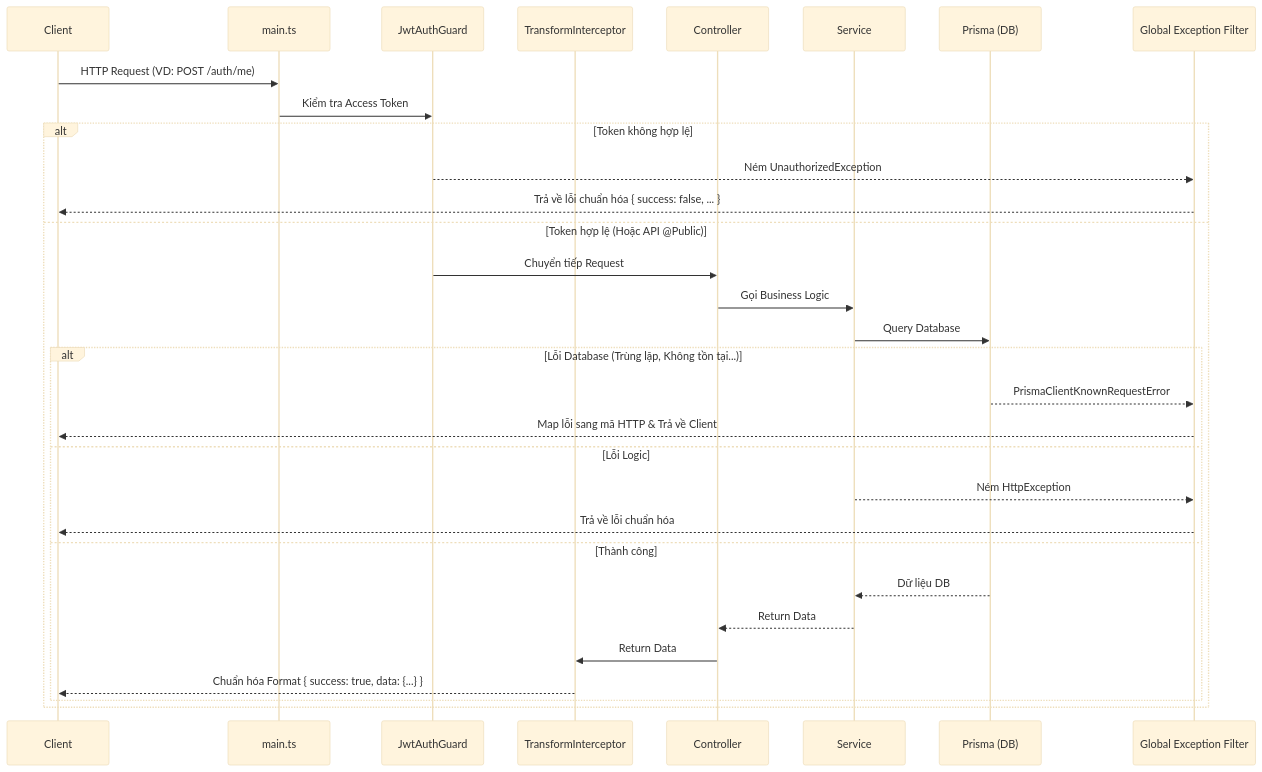
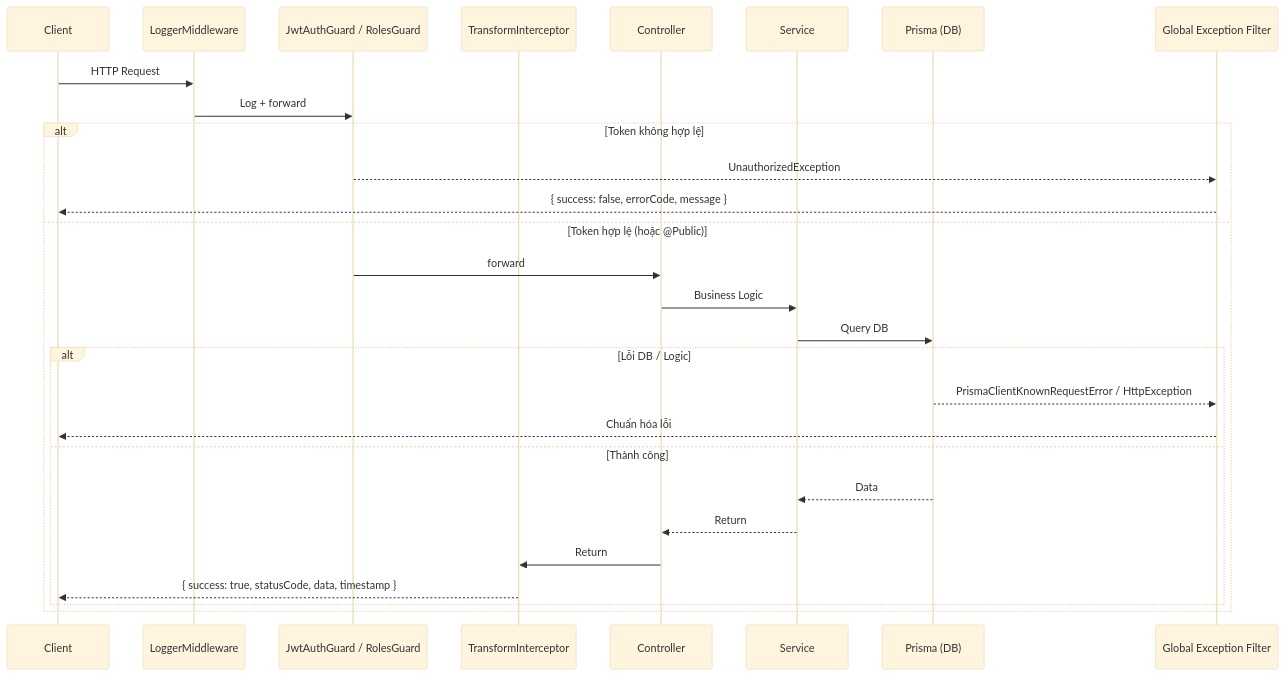
The diagram in README.md (thanhbui1234/kien_dinh_ecm_be), drawn with Mermaid (base theme) before and after one commit. The commit also changed other lines of this file and 1 other file, not shown here.

Commit message:
docs: update environment configuration, architectural guidelines, and health monitoring documentation

````diff
--- a/README.md
+++ b/README.md
@@ -19,36 +27,31 @@
 ```mermaid
 sequenceDiagram
     participant Client
-    participant Main as main.ts
-    participant Guard as JwtAuthGuard
+    participant Middleware as LoggerMiddleware
+    participant Guard as JwtAuthGuard / RolesGuard
     participant Interceptor as TransformInterceptor
     participant Controller
     participant Service
     participant Prisma as Prisma (DB)
-    participant ExceptionFilter as Global Exception Filter
-    
-    Client->>Main: HTTP Request (VD: POST /auth/me)
-    Main->>Guard: Kiểm tra Access Token
-    
+    participant Filter as Global Exception Filter
+
+    Client->>Middleware: HTTP Request
+    Middleware->>Guard: Log + forward
     alt Token không hợp lệ
-        Guard-->>ExceptionFilter: Ném UnauthorizedException
-        ExceptionFilter-->>Client: Trả về lỗi chuẩn hóa { success: false, ... }
-    else Token hợp lệ (Hoặc API @Public)
-        Guard->>Controller: Chuyển tiếp Request
-        Controller->>Service: Gọi Business Logic
-        Service->>Prisma: Query Database
-        
-        alt Lỗi Database (Trùng lặp, Không tồn tại...)
-            Prisma-->>ExceptionFilter: PrismaClientKnownRequestError
-            ExceptionFilter-->>Client: Map lỗi sang mã HTTP & Trả về Client
-        else Lỗi Logic
-            Service-->>ExceptionFilter: Ném HttpException
-            ExceptionFilter-->>Client: Trả về lỗi chuẩn hóa
+        Guard-->>Filter: UnauthorizedException
+        Filter-->>Client: { success: false, errorCode, message }
+    else Token hợp lệ (hoặc @Public)
+        Guard->>Controller: forward
+        Controller->>Service: Business Logic
+        Service->>Prisma: Query DB
+        alt Lỗi DB / Logic
+            Prisma-->>Filter: PrismaClientKnownRequestError / HttpException
+            Filter-->>Client: Chuẩn hóa lỗi
         else Thành công
-            Prisma-->>Service: Dữ liệu DB
-            Service-->>Controller: Return Data
-            Controller->>Interceptor: Return Data
-            Interceptor-->>Client: Chuẩn hóa Format { success: true, data: {...} }
+            Prisma-->>Service: Data
+            Service-->>Controller: Return
+            Controller->>Interceptor: Return
+            Interceptor-->>Client: { success: true, statusCode, data, timestamp }
         end
     end
 ```
````
